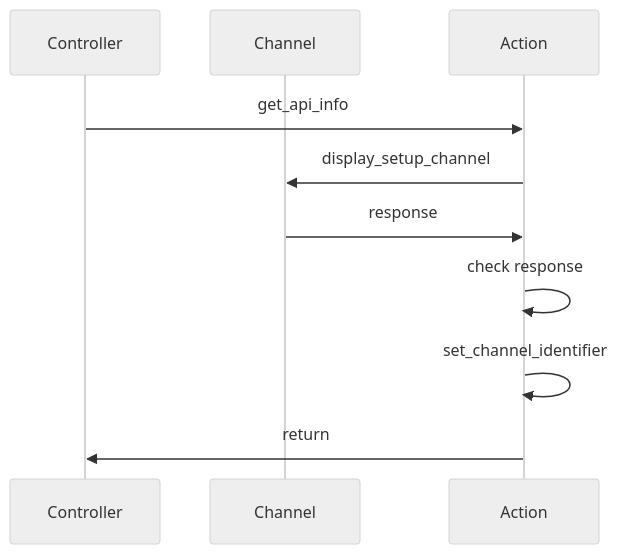
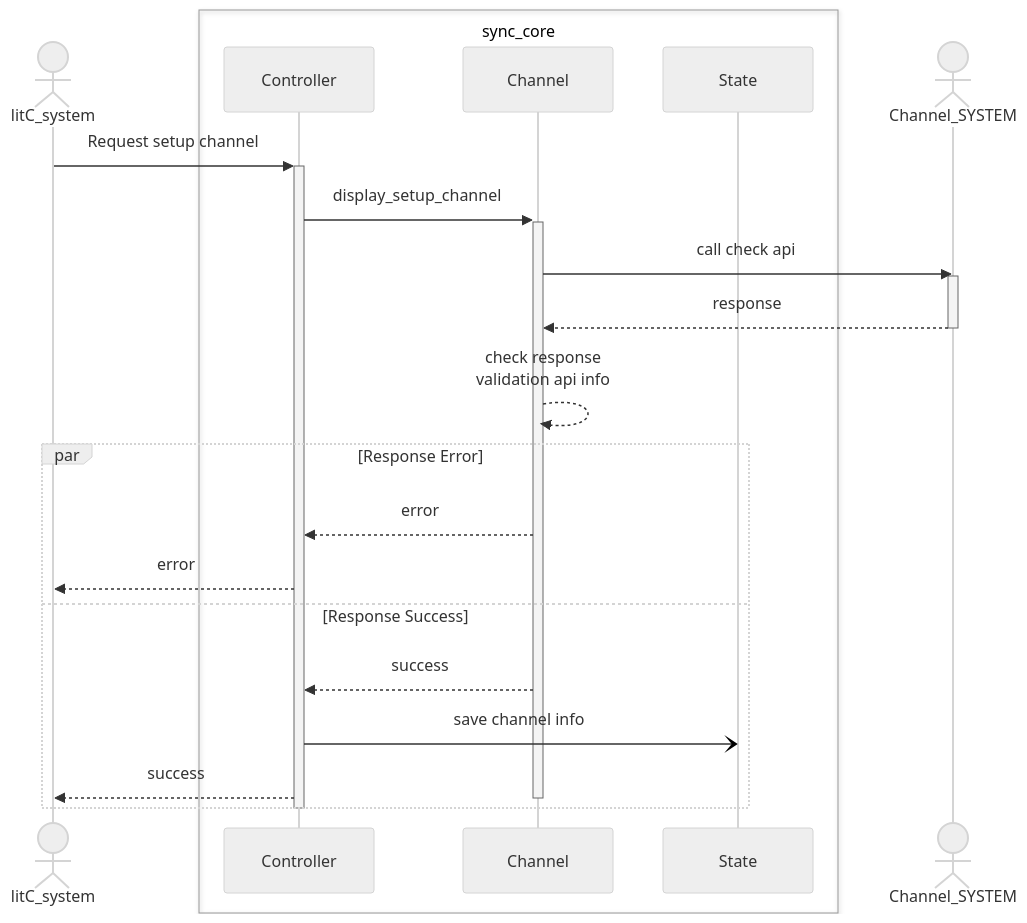
The third of 9 diagrams in pseudoAllFunction.md (WuzenLiz/markdown), drawn with Mermaid (neutral theme) before and after one commit. The commit also changed other lines of this file, not shown here.

Commit message:
update graph pull

````diff
--- a/pseudoAllFunction.md
+++ b/pseudoAllFunction.md
@@ -30,12 +38,27 @@
-    ```mermaid
-    sequenceDiagram
-        participant C as Controller
-        participant B as Channel
-        participant A as Action
-        C->>A: get_api_info
-        A->>B: display_setup_channel
-        B->>A: response
-        A->>A: check response
-        A->>A: set_channel_identifier
-        A->>C: return
-    ```
+```mermaid
+sequenceDiagram
+    Actor A as litC_system
+    box sync_core
+        participant B as Controller
+        participant C as Channel
+        participant D as State
+    end
+    ACTOR E as Channel_SYSTEM
+    A->>+B:Request setup channel
+    B->>+C:display_setup_channel
+    C->>E:call check api
+    activate E
+    E-->>C:response
+    deactivate E
+    C-->>C:check response<br>validation api info
+    par Response Error
+        C-->>B:error
+        B-->>A:error
+    and Response Success
+        C-->>B:success
+        B-)D:save channel info
+        B-->>A:success
+        deactivate C
+    end
+    deactivate B
+```
````
